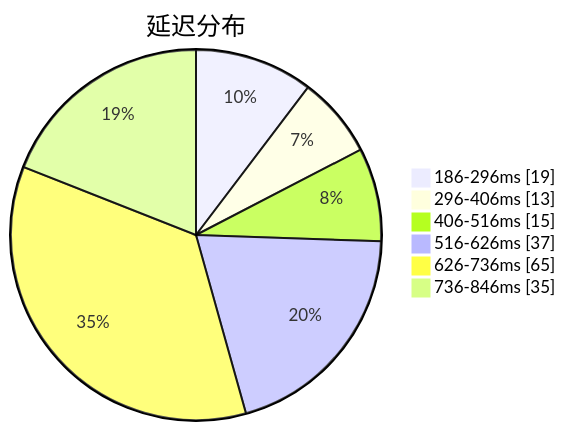
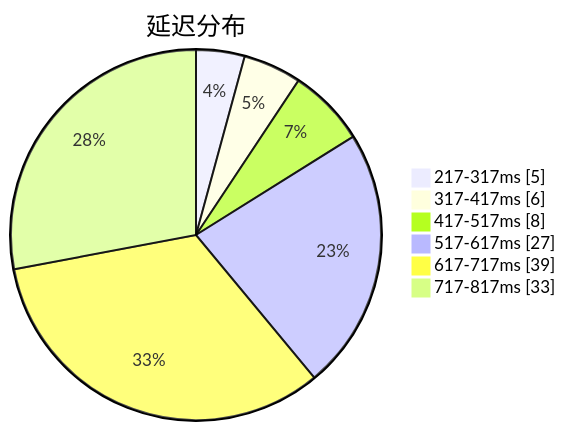
Before and after one commit to qjlxg/airport: the first of 3 diagrams in subs/statistics/tested_within.md, drawn with Mermaid. The commit also changed other lines of this file and 2 other files, not shown here.

Commit message:
Tested by metaST

````diff
--- a/subs/statistics/tested_within.md
+++ b/subs/statistics/tested_within.md
@@ -2,10 +2,10 @@
 ```mermaid
 pie showData
 title 延迟分布
-"186-296ms" : 19
-"296-406ms" : 13
-"406-516ms" : 15
-"516-626ms" : 37
-"626-736ms" : 65
-"736-846ms" : 35
+"217-317ms" : 5
+"317-417ms" : 6
+"417-517ms" : 8
+"517-617ms" : 27
+"617-717ms" : 39
+"717-817ms" : 33
 ```
````
